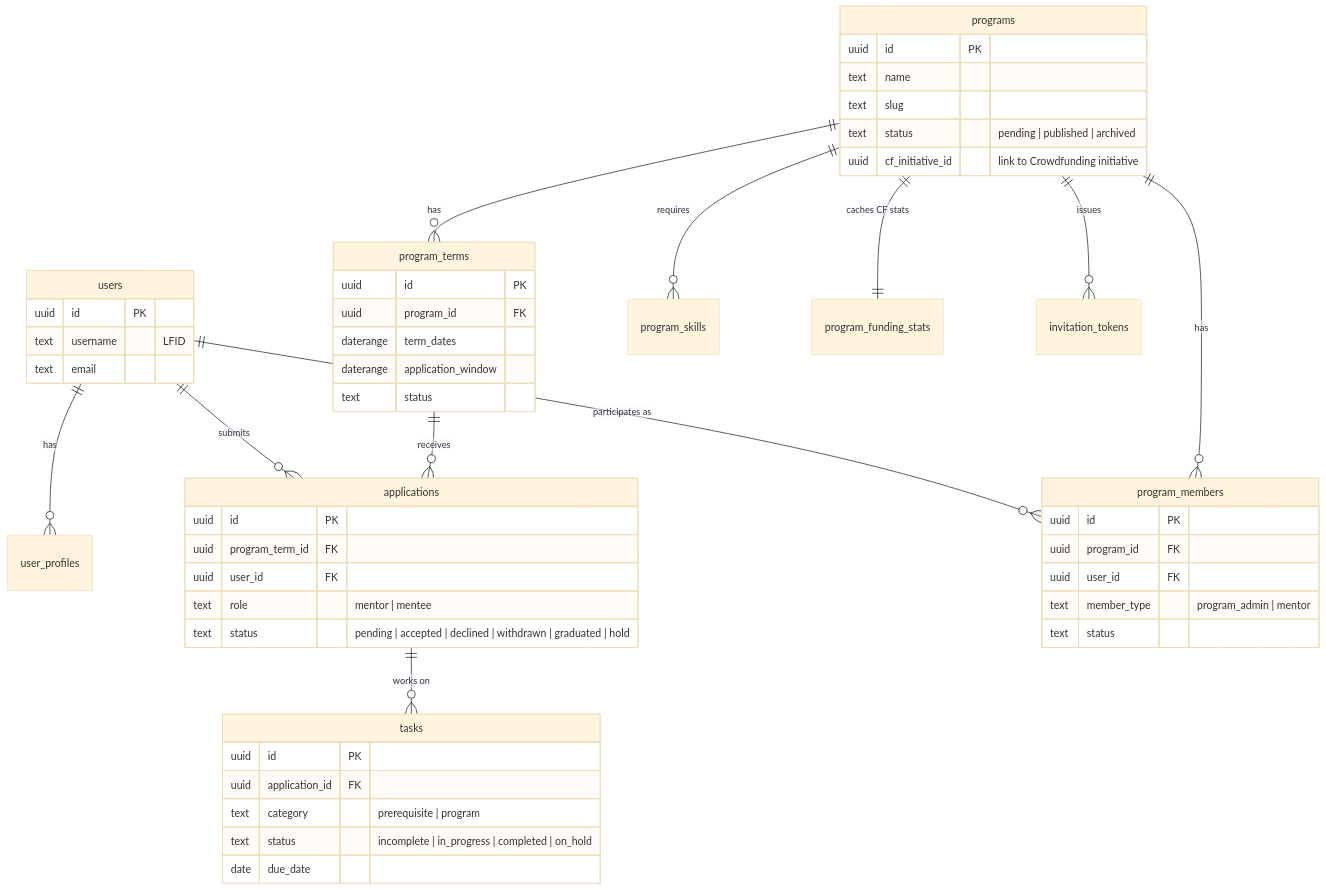
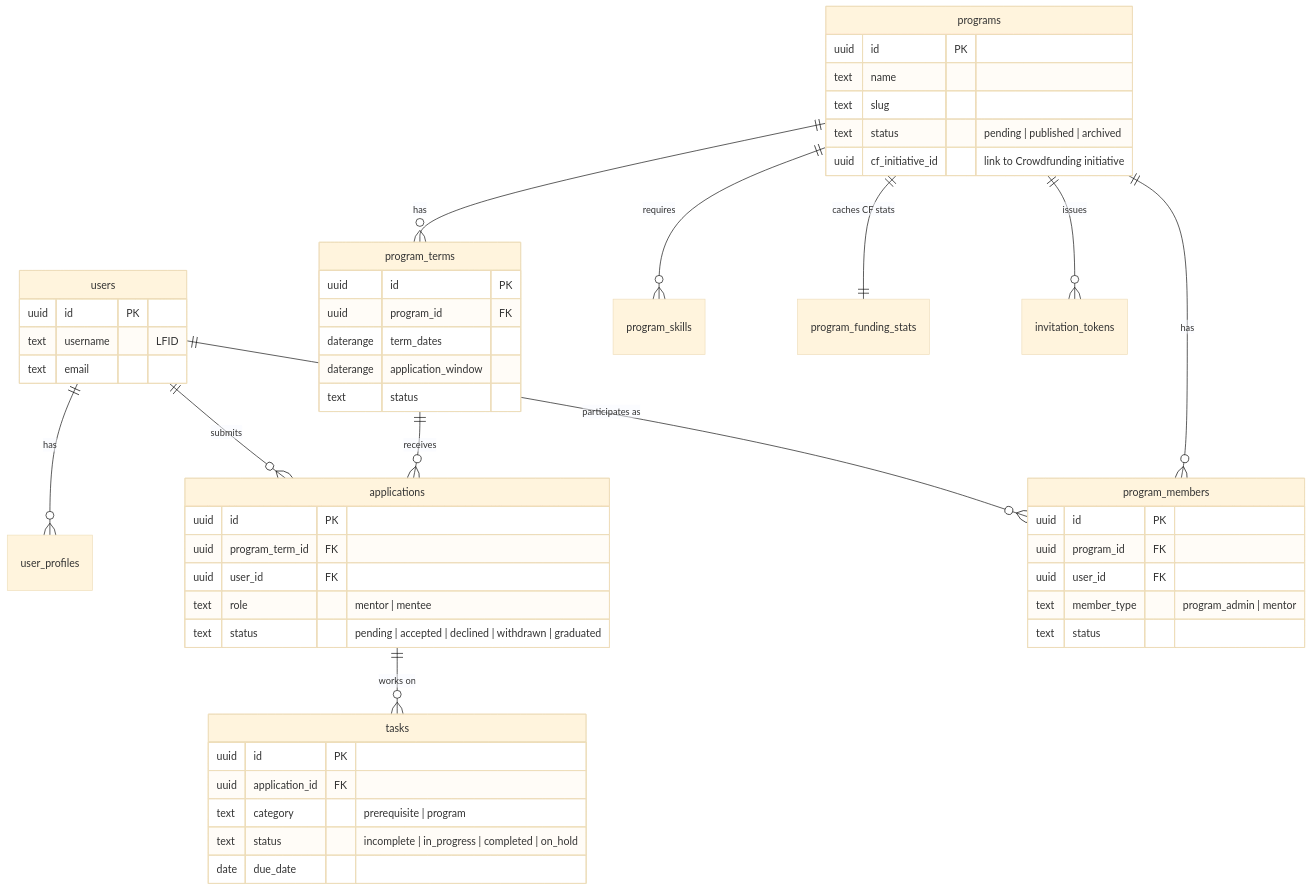
One commit to linuxfoundation/lfx-mentorship changed the second of 2 diagrams in docs/rewrite/02-target-architecture.md. Above: the diagram before and after it, drawn with Mermaid (base theme). The commit also changed 2 other files, not shown here.

Commit message:
docs(rewrite): hold is not an application status
hold describes an accepted mentorship paused mid-term, not an
application outcome — an application is never "on hold" while pending.
Legacy stores it in the same ProjectMemberStatus column, which is what
led to it being listed alongside pending/accepted/declined.

Removed from the application status enums in 02 and 04. The migration
requirement stays: 03 now records that hold needs its own column rather
than a slot in the application enum, since mapping it in models a state
the lifecycle does not have and dropping it un-pauses every held mentee
on cutover.

Task status on_hold (TaskStatus) is a separate enum and is unaffected.

````diff
--- a/docs/rewrite/02-target-architecture.md
+++ b/docs/rewrite/02-target-architecture.md
@@ -96,54 +96,54 @@
 ```mermaid
 erDiagram
     users ||--o{ user_profiles : has
     users ||--o{ applications : submits
     users ||--o{ program_members : "participates as"
     programs ||--o{ program_terms : has
     programs ||--o{ program_members : has
     programs ||--o{ program_skills : requires
     programs ||--|| program_funding_stats : "caches CF stats"
     program_terms ||--o{ applications : receives
     applications ||--o{ tasks : "works on"
     programs ||--o{ invitation_tokens : issues
 
     users {
         uuid id PK
         text username "LFID"
         text email
     }
     programs {
         uuid id PK
         text name
         text slug
         text status "pending | published | archived"
         uuid cf_initiative_id "link to Crowdfunding initiative"
     }
     program_terms {
         uuid id PK
         uuid program_id FK
         daterange term_dates
         daterange application_window
         text status
     }
     applications {
         uuid id PK
         uuid program_term_id FK
         uuid user_id FK
         text role "mentor | mentee"
-        text status "pending | accepted | declined | withdrawn | graduated | hold"
+        text status "pending | accepted | declined | withdrawn | graduated"
     }
     program_members {
         uuid id PK
         uuid program_id FK
         uuid user_id FK
         text member_type "program_admin | mentor"
         text status
     }
     tasks {
         uuid id PK
         uuid application_id FK
         text category "prerequisite | program"
         text status "incomplete | in_progress | completed | on_hold"
         date due_date
     }
 ```
````
